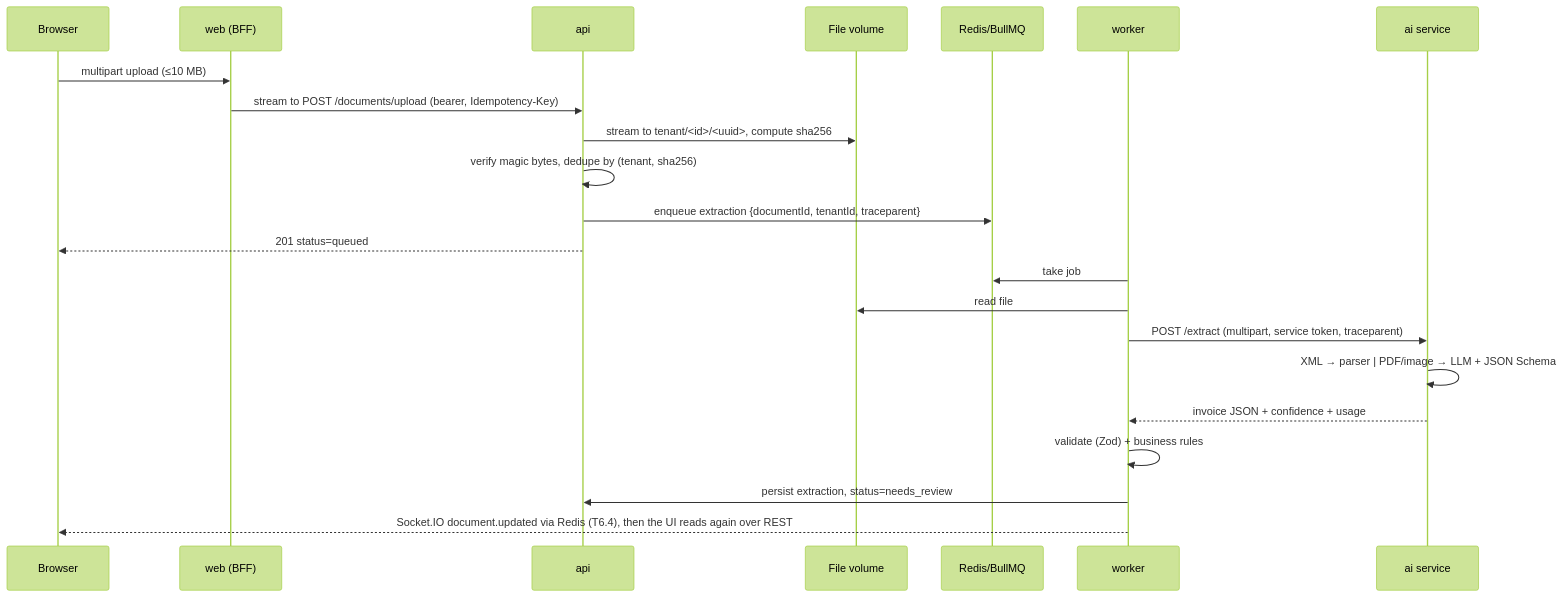
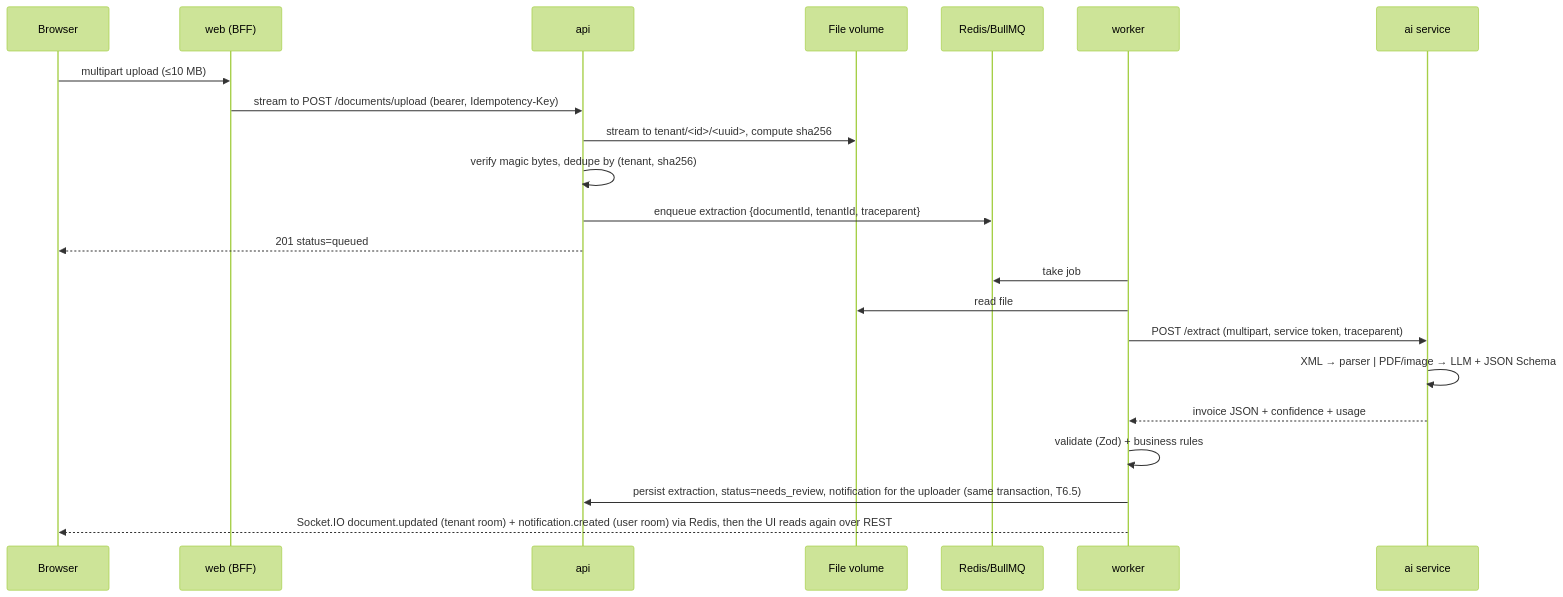
Before and after one commit to conghau113/invoice-intelligence-platform: the third of 4 diagrams in docs/architecture/ARCHITECTURE.md, drawn with Mermaid (forest theme). The commit also changed 59 other files, not shown here.

````diff
--- a/docs/architecture/ARCHITECTURE.md
+++ b/docs/architecture/ARCHITECTURE.md
@@ -108,24 +108,24 @@
 ```mermaid
 sequenceDiagram
   participant U as Browser
   participant W as web (BFF)
   participant A as api
   participant F as File volume
   participant Q as Redis/BullMQ
   participant K as worker
   participant AI as ai service
   U->>W: multipart upload (≤10 MB)
   W->>A: stream to POST /documents/upload (bearer, Idempotency-Key)
   A->>F: stream to tenant/<id>/<uuid>, compute sha256
   A->>A: verify magic bytes, dedupe by (tenant, sha256)
   A->>Q: enqueue extraction {documentId, tenantId, traceparent}
   A-->>U: 201 status=queued
   K->>Q: take job
   K->>F: read file
   K->>AI: POST /extract (multipart, service token, traceparent)
   AI->>AI: XML → parser | PDF/image → LLM + JSON Schema
   AI-->>K: invoice JSON + confidence + usage
   K->>K: validate (Zod) + business rules
-  K->>A: persist extraction, status=needs_review
-  K-->>U: Socket.IO document.updated via Redis (T6.4), then the UI reads again over REST
+  K->>A: persist extraction, status=needs_review, notification for the uploader (same transaction, T6.5)
+  K-->>U: Socket.IO document.updated (tenant room) + notification.created (user room) via Redis, then the UI reads again over REST
 ```
````
